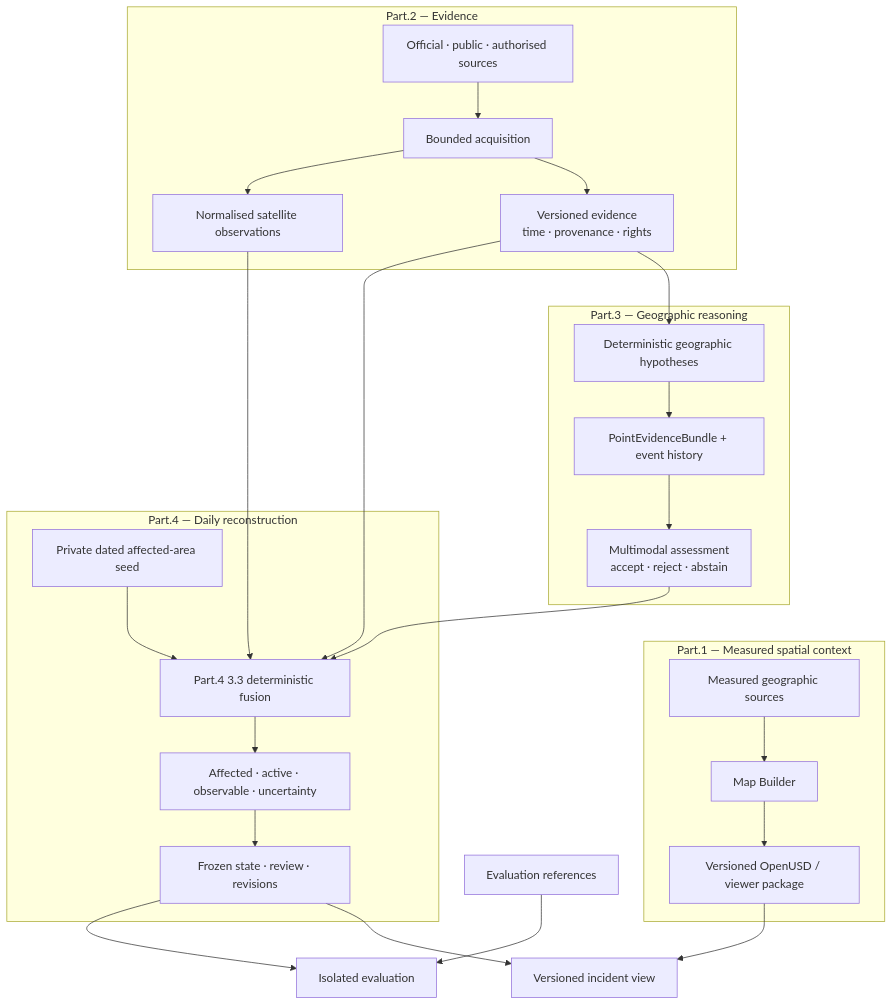
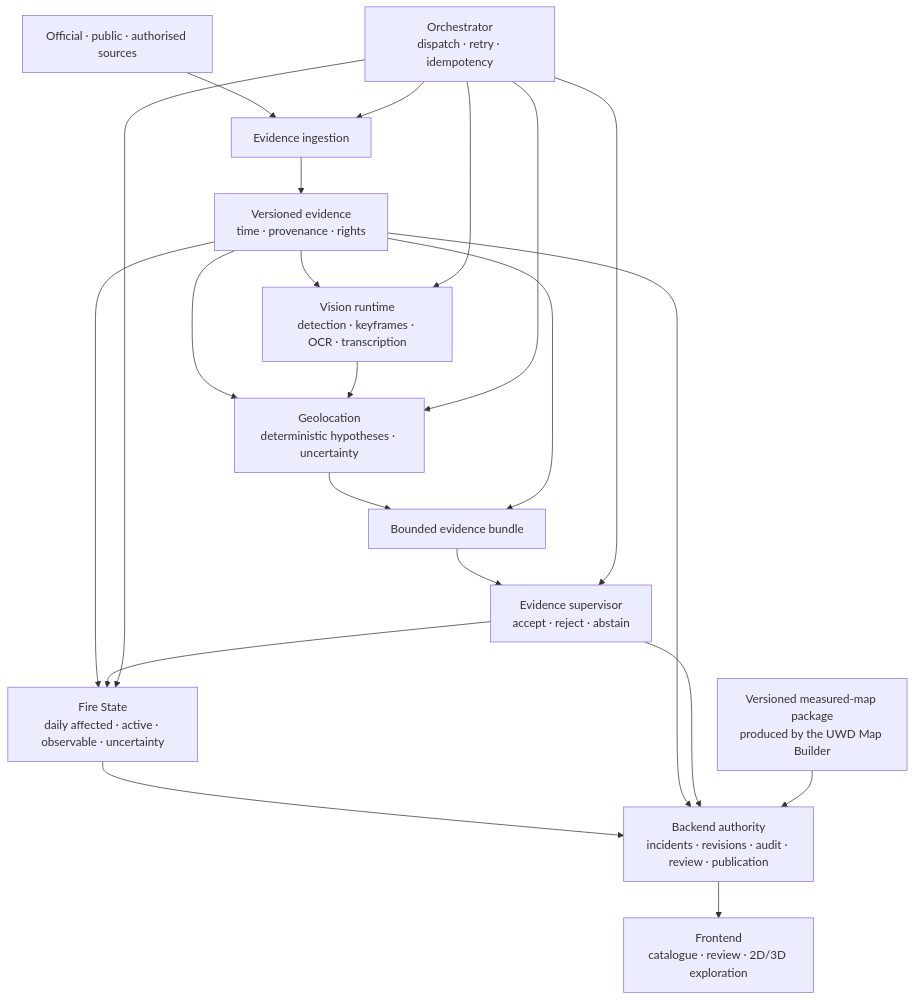
Before and after one commit to fireviewer/Fireviewer_doc: the diagram in docs/public/ARCHITECTURE.md, drawn with Mermaid. The commit also changed other lines of this file, not shown here.

Commit message:
Align the public architecture with the separated component repositories

````diff
--- a/docs/public/ARCHITECTURE.md
+++ b/docs/public/ARCHITECTURE.md
@@ -9,45 +26,29 @@
 ```mermaid
 flowchart TB
+    SOURCES["Official · public · authorised sources"] --> INGEST["Evidence ingestion"]
+    INGEST --> EVIDENCE["Versioned evidence<br/>time · provenance · rights"]
 
-    subgraph P1["Part.1 — Measured spatial context"]
-        MAPSRC["Measured geographic sources"]
-        MAP["Map Builder"]
-        USD["Versioned OpenUSD / viewer package"]
-        MAPSRC --> MAP --> USD
-    end
+    EVIDENCE --> VISION["Vision runtime<br/>detection · keyframes · OCR · transcription"]
+    EVIDENCE --> GEO["Geolocation<br/>deterministic hypotheses · uncertainty"]
+    VISION --> GEO
 
-    subgraph P2["Part.2 — Evidence"]
-        SOURCES["Official · public · authorised sources"]
-        ACQ["Bounded acquisition"]
-        EVIDENCE["Versioned evidence<br/>time · provenance · rights"]
-        SAT["Normalised satellite observations"]
-        SOURCES --> ACQ --> EVIDENCE
-        ACQ --> SAT
-    end
+    GEO --> BUNDLE["Bounded evidence bundle"]
+    EVIDENCE --> BUNDLE
+    BUNDLE --> SUPERVISOR["Evidence supervisor<br/>accept · reject · abstain"]
 
-    subgraph P3["Part.3 — Geographic reasoning"]
-        GEO["Deterministic geographic hypotheses"]
-        DOSSIER["PointEvidenceBundle + event history"]
-        ASSESS["Multimodal assessment<br/>accept · reject · abstain"]
-        GEO --> DOSSIER --> ASSESS
-    end
+    EVIDENCE --> FIRESTATE["Fire State<br/>daily affected · active · observable · uncertainty"]
+    SUPERVISOR --> FIRESTATE
 
-    subgraph P4["Part.4 — Daily reconstruction"]
-        SEED["Private dated affected-area seed"]
-        FUSION["Part.4 3.3 deterministic fusion"]
-        STATE["Affected · active · observable · uncertainty"]
-        REVIEW["Frozen state · review · revisions"]
-        SEED --> FUSION --> STATE --> REVIEW
-    end
+    ORCH["Orchestrator<br/>dispatch · retry · idempotency"] --> INGEST
+    ORCH --> VISION
+    ORCH --> GEO
+    ORCH --> SUPERVISOR
+    ORCH --> FIRESTATE
 
-    EVIDENCE --> GEO
-    EVIDENCE --> FUSION
-    SAT --> FUSION
-    ASSESS --> FUSION
+    FIRESTATE --> BACKEND["Backend authority<br/>incidents · revisions · audit · review · publication"]
+    EVIDENCE --> BACKEND
+    SUPERVISOR --> BACKEND
 
-    REVIEW --> VIEW["Versioned incident view"]
-    USD --> VIEW
-
-    REVIEW --> EVALUATION["Isolated evaluation"]
-    REFERENCES["Evaluation references"] --> EVALUATION
+    MAP["Versioned measured-map package<br/>produced by the UWD Map Builder"] --> BACKEND
+    BACKEND --> FRONTEND["Frontend<br/>catalogue · review · 2D/3D exploration"]
 ```
````
